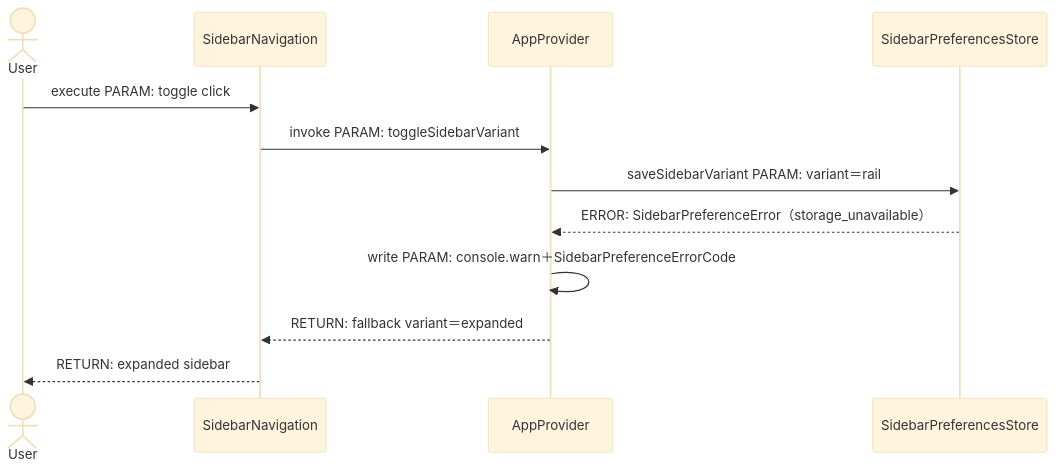
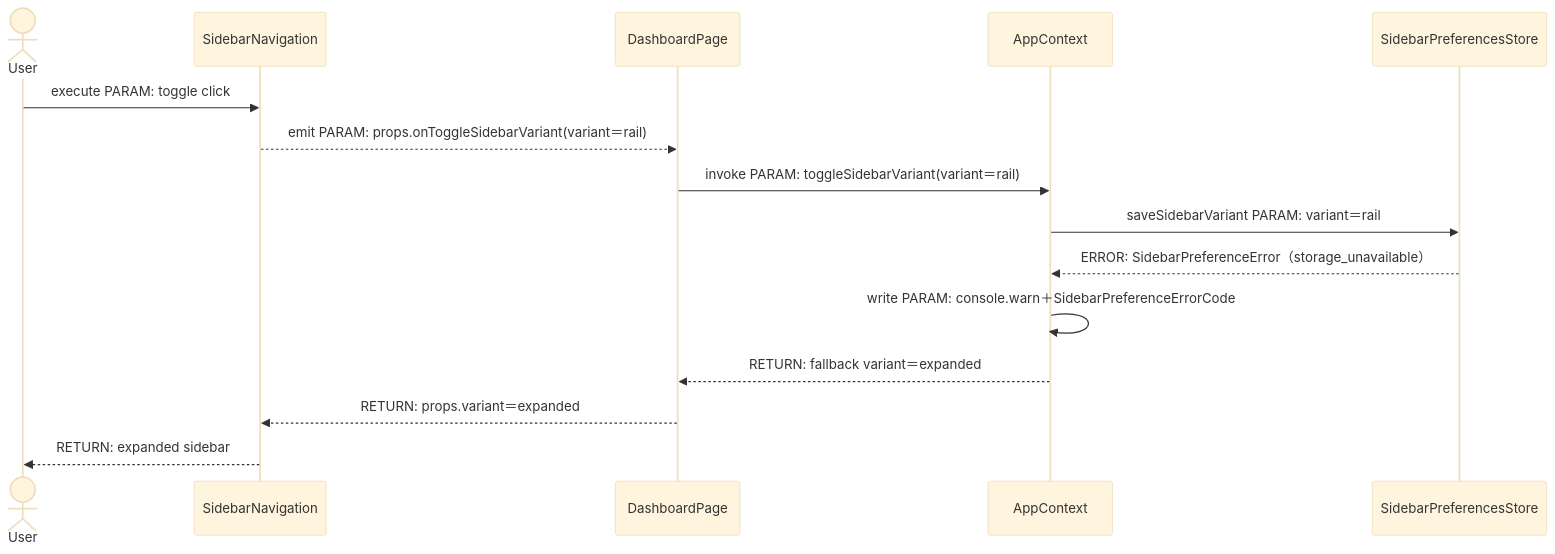
Before and after one commit to LevelCapTech/Agile-PMBOK-Assist: the third of 11 diagrams in .github/copilot/plans/127-layout-sidebar-nav-rail.md, drawn with Mermaid (base theme).

````diff
--- a/.github/copilot/plans/127-layout-sidebar-nav-rail.md
+++ b/.github/copilot/plans/127-layout-sidebar-nav-rail.md
@@ -491,14 +491,17 @@
 ```mermaid
 sequenceDiagram
   actor User
   participant SidebarNavigation
-  participant AppProvider
+  participant DashboardPage
+  participant AppContext
   participant SidebarPreferencesStore
   User->>SidebarNavigation: execute PARAM: toggle click
-  SidebarNavigation->>AppProvider: invoke PARAM: toggleSidebarVariant
-  AppProvider->>SidebarPreferencesStore: saveSidebarVariant PARAM: variant＝rail
-  SidebarPreferencesStore-->>AppProvider: ERROR: SidebarPreferenceError（storage_unavailable）
-  AppProvider->>AppProvider: write PARAM: console.warn＋SidebarPreferenceErrorCode
-  AppProvider-->>SidebarNavigation: RETURN: fallback variant＝expanded
+  SidebarNavigation-->>DashboardPage: emit PARAM: props.onToggleSidebarVariant(variant＝rail)
+  DashboardPage->>AppContext: invoke PARAM: toggleSidebarVariant(variant＝rail)
+  AppContext->>SidebarPreferencesStore: saveSidebarVariant PARAM: variant＝rail
+  SidebarPreferencesStore-->>AppContext: ERROR: SidebarPreferenceError（storage_unavailable）
+  AppContext->>AppContext: write PARAM: console.warn＋SidebarPreferenceErrorCode
+  AppContext-->>DashboardPage: RETURN: fallback variant＝expanded
+  DashboardPage-->>SidebarNavigation: RETURN: props.variant＝expanded
   SidebarNavigation-->>User: RETURN: expanded sidebar
 ```
````
